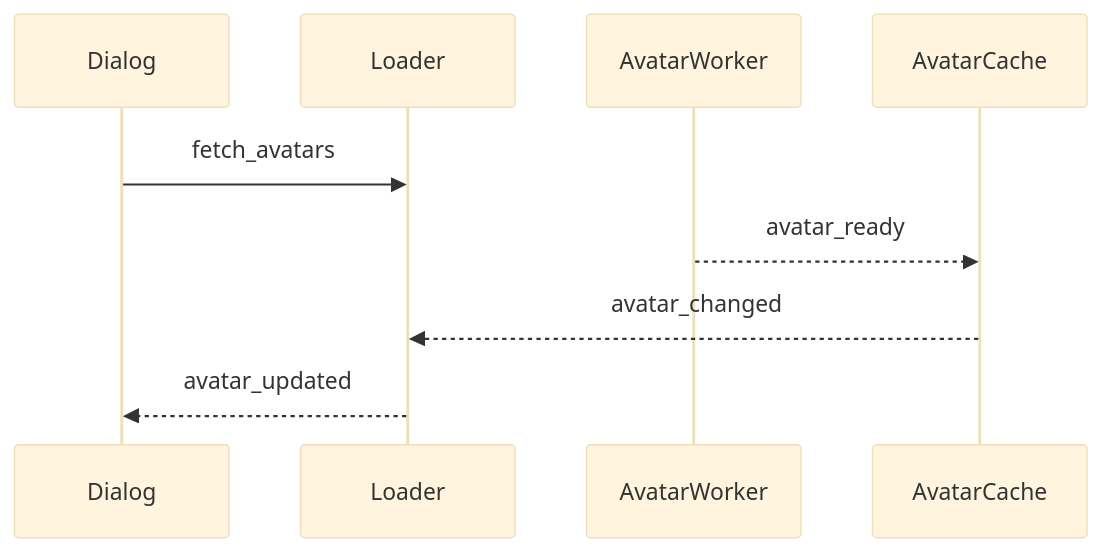
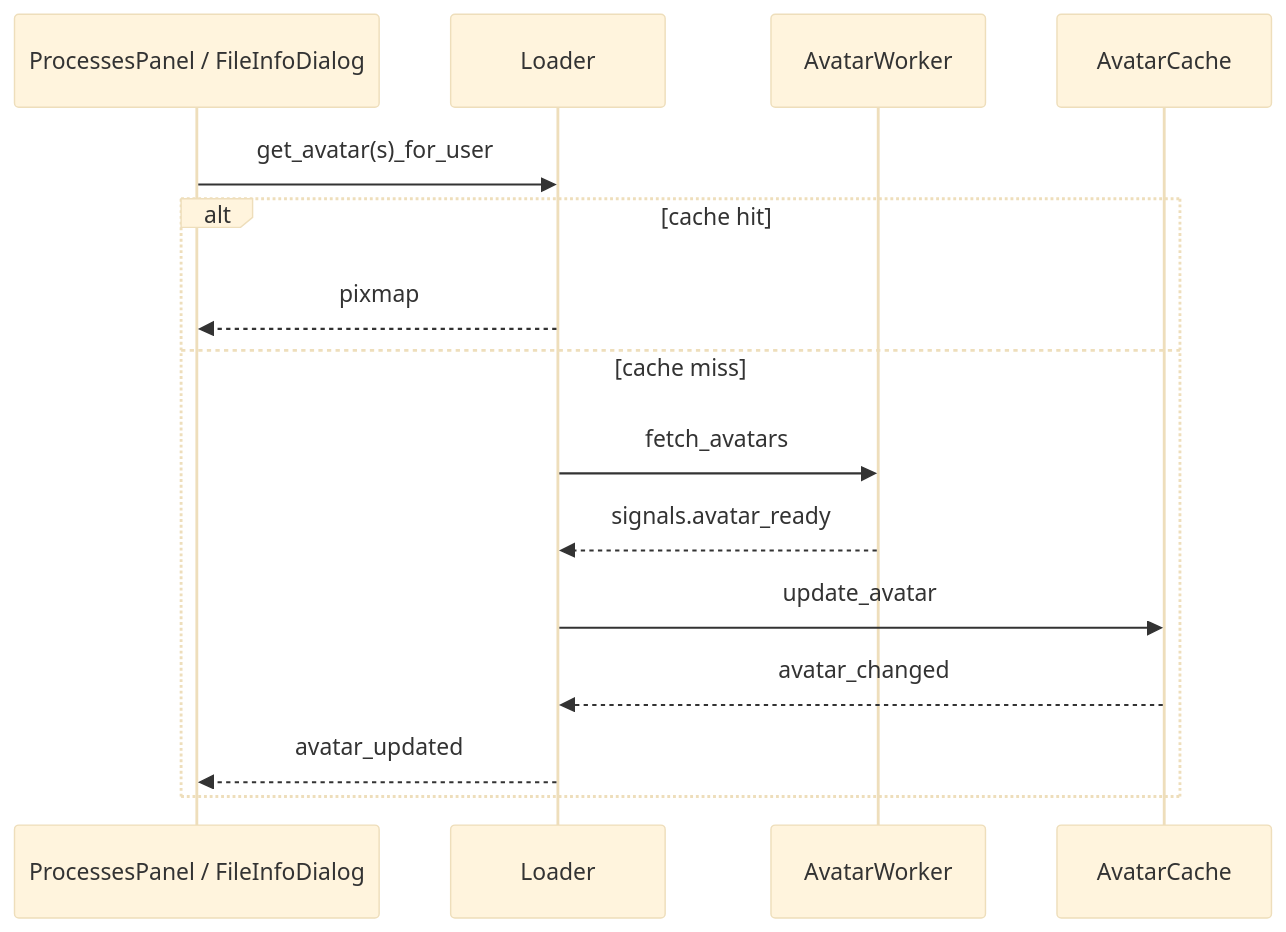
One commit to nens/rana-qgis-plugin changed the second of 6 diagrams in doc/signals.md. Above: the diagram before and after it, drawn with Mermaid (base theme). The commit also changed other lines of this file and 14 other files, not shown here.

Commit message:
Unify avatar fetching for projects browser, file info dialog and processes panel with shared cache via the loader

````diff
--- a/doc/signals.md
+++ b/doc/signals.md
@@ -31,11 +35,17 @@
 ```mermaid
 sequenceDiagram
-    participant Dialog
+    participant Widget as ProcessesPanel / FileInfoDialog
     participant Loader
     participant Worker as AvatarWorker
     participant Cache as AvatarCache
-    Dialog->>Loader: fetch_avatars
-    Worker-->>Cache: avatar_ready
-    Cache-->>Loader: avatar_changed
-    Loader-->>Dialog: avatar_updated
+    Widget->>Loader: get_avatar(s)_for_user
+    alt cache hit
+        Loader-->>Widget: pixmap
+    else cache miss
+        Loader->>Worker: fetch_avatars
+        Worker-->>Loader: signals.avatar_ready
+        Loader->>Cache: update_avatar
+        Cache-->>Loader: avatar_changed
+        Loader-->>Widget: avatar_updated
+    end
 ```
````
